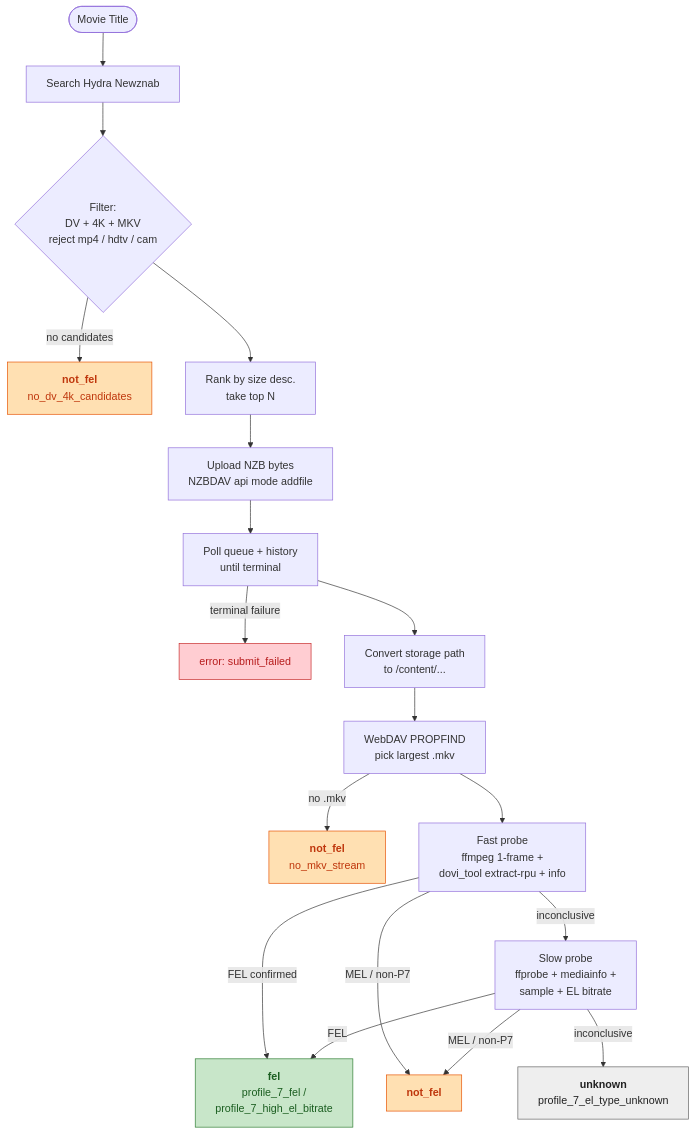
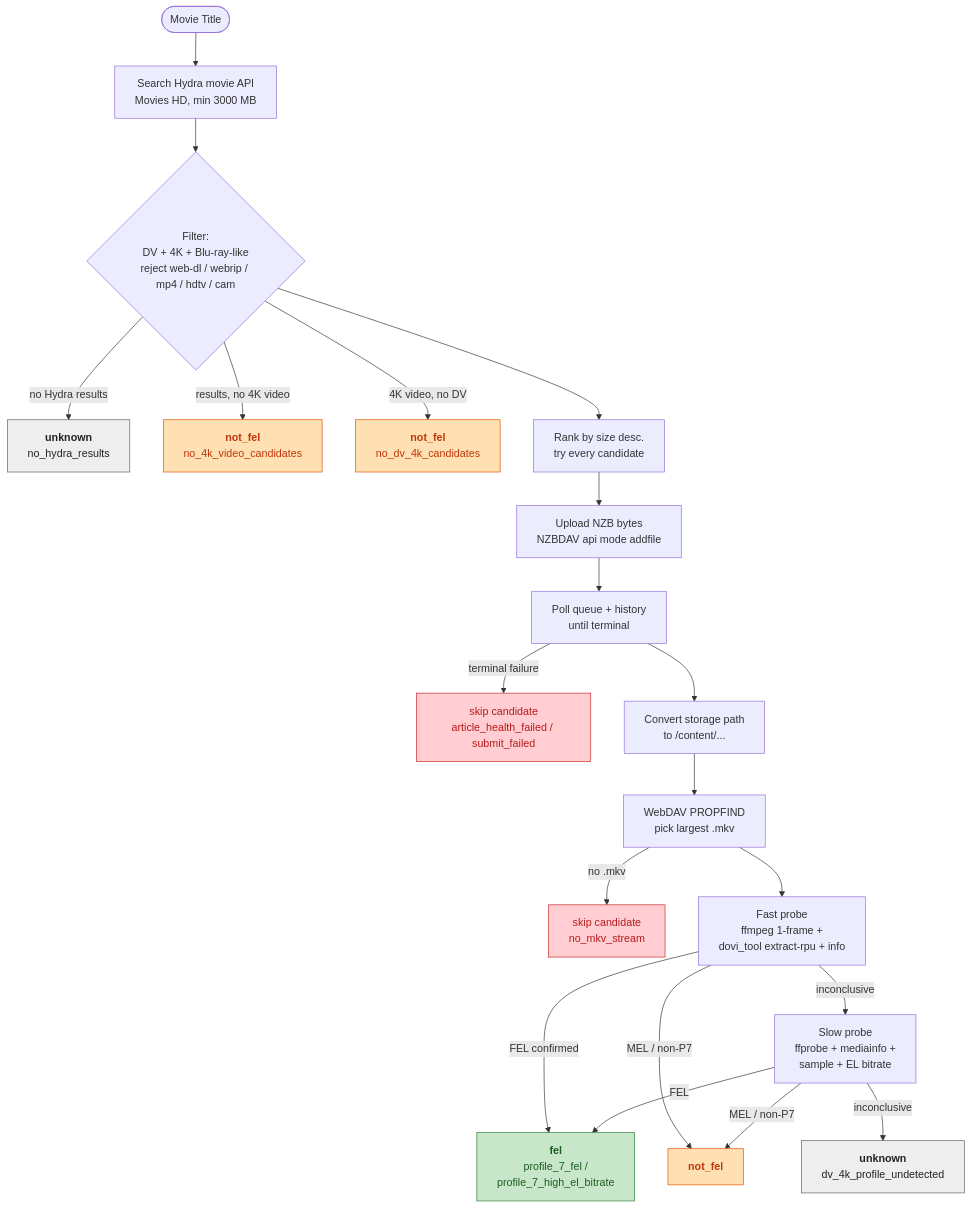
The diagram in README.md (Appz4Fun/find-fel-nzbdav), drawn with Mermaid before and after one commit. The commit also changed other lines of this file and 4 other files, not shown here.

````diff
--- a/README.md
+++ b/README.md
@@ -24,32 +24,34 @@
 ```mermaid
 flowchart TD
-    Start([Movie Title]) --> Search[Search Hydra Newznab]
-    Search --> Filter{Filter:<br/>DV + 4K + MKV<br/>reject mp4 / hdtv / cam}
-    Filter -->|no candidates| NotFel1[<b>not_fel</b><br/>no_dv_4k_candidates]
-    Filter --> Rank[Rank by size desc.<br/>take top N]
+    Start([Movie Title]) --> Search[Search Hydra movie API<br/>Movies HD, min 3000 MB]
+    Search --> Filter{Filter:<br/>DV + 4K + Blu-ray-like<br/>reject web-dl / webrip / mp4 / hdtv / cam}
+    Filter -->|no Hydra results| Unknown0[<b>unknown</b><br/>no_hydra_results]
+    Filter -->|results, no 4K video| NotFel0[<b>not_fel</b><br/>no_4k_video_candidates]
+    Filter -->|4K video, no DV| NotFel1[<b>not_fel</b><br/>no_dv_4k_candidates]
+    Filter --> Rank[Rank by size desc.<br/>try every candidate]
 
     Rank --> Submit[Upload NZB bytes<br/>NZBDAV api mode addfile]
     Submit --> Wait[Poll queue + history<br/>until terminal]
-    Wait -->|terminal failure| Err1[error: submit_failed]
+    Wait -->|terminal failure| Err1[skip candidate<br/>article_health_failed / submit_failed]
     Wait --> Path[Convert storage path<br/>to /content/...]
 
     Path --> Find[WebDAV PROPFIND<br/>pick largest .mkv]
-    Find -->|no .mkv| NotFel2[<b>not_fel</b><br/>no_mkv_stream]
+    Find -->|no .mkv| Err2[skip candidate<br/>no_mkv_stream]
 
     Find --> Fast[Fast probe<br/>ffmpeg 1-frame +<br/>dovi_tool extract-rpu + info]
     Fast -->|FEL confirmed| Fel
     Fast -->|MEL / non-P7| NotFel3[<b>not_fel</b>]
     Fast -->|inconclusive| Slow[Slow probe<br/>ffprobe + mediainfo +<br/>sample + EL bitrate]
     Slow -->|FEL| Fel[<b>fel</b><br/>profile_7_fel /<br/>profile_7_high_el_bitrate]
     Slow -->|MEL / non-P7| NotFel3
-    Slow -->|inconclusive| Unknown[<b>unknown</b><br/>profile_7_el_type_unknown]
+    Slow -->|inconclusive| Unknown[<b>unknown</b><br/>dv_4k_profile_undetected]
 
     classDef fel fill:#c8e6c9,stroke:#2e7d32,color:#1b5e20
     classDef notfel fill:#ffe0b2,stroke:#e65100,color:#bf360c
     classDef unknown fill:#eeeeee,stroke:#616161,color:#212121
     classDef err fill:#ffcdd2,stroke:#c62828,color:#b71c1c
     class Fel fel
-    class NotFel1,NotFel2,NotFel3 notfel
-    class Unknown unknown
-    class Err1 err
+    class NotFel0,NotFel1,NotFel3 notfel
+    class Unknown0,Unknown unknown
+    class Err1,Err2 err
 ```
````
